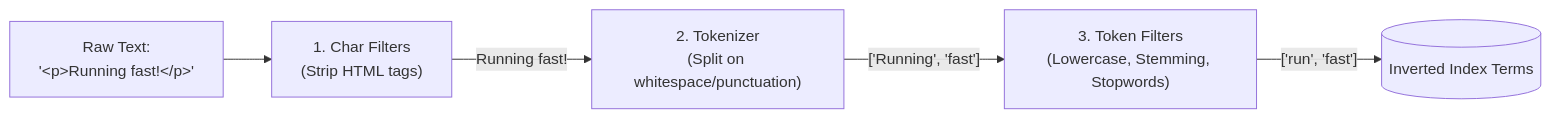
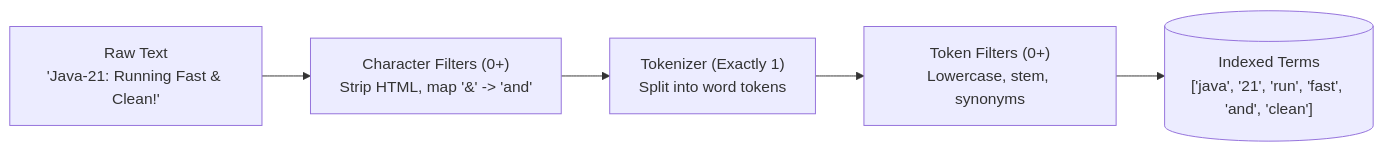
The second of 5 diagrams in content/roadmap/level-7/full-text-search-with-elasticsearch.md (ravishankar2463/java_hub), drawn with Mermaid before and after one commit. The commit also changed other lines of this file and 119 other files, not shown here.

Commit message:
feat: add comprehensive java learning roadmap content across multiple levels

````diff
--- a/content/roadmap/level-7/full-text-search-with-elasticsearch.md
+++ b/content/roadmap/level-7/full-text-search-with-elasticsearch.md
@@ -63,7 +65,7 @@
 ```mermaid
 flowchart LR
-    Raw["Raw Text:<br/>'&lt;p&gt;Running fast!&lt;/p&gt;'"] --> CF["1. Char Filters<br/>(Strip HTML tags)"]
-    CF -->|"Running fast!"| TK["2. Tokenizer<br/>(Split on whitespace/punctuation)"]
-    TK -->|"['Running', 'fast']"| TF["3. Token Filters<br/>(Lowercase, Stemming, Stopwords)"]
-    TF -->|"['run', 'fast']"| Index[("Inverted Index Terms")]
+    Raw["Raw Text<br/>'Java-21: Running Fast &amp; Clean!'"] --> CF["Character Filters (0+)<br/>Strip HTML, map '&amp;' -> 'and'"]
+    CF --> TK["Tokenizer (Exactly 1)<br/>Split into word tokens"]
+    TK --> TF["Token Filters (0+)<br/>Lowercase, stem, synonyms"]
+    TF --> Terms[("Indexed Terms<br/>['java', '21', 'run', 'fast', 'and', 'clean']")]
 ```
````
